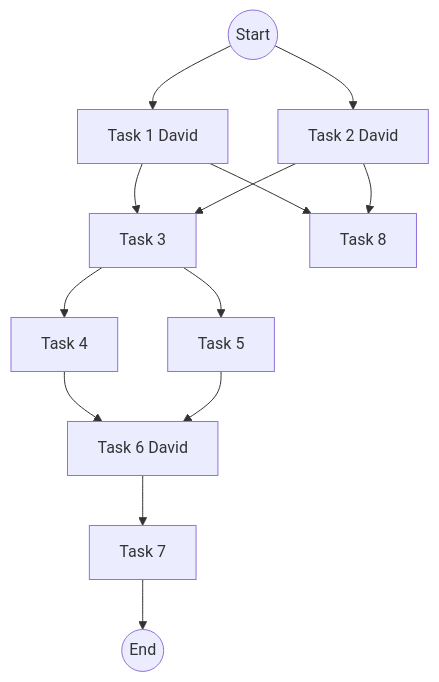
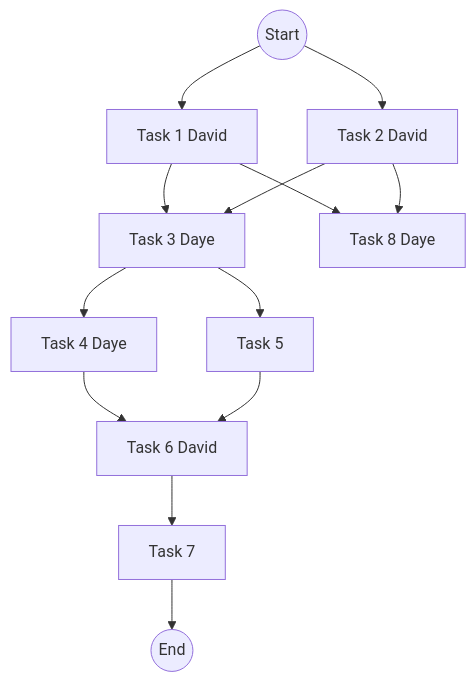
One commit to DM1122/rob521-labs changed the diagram in lab2/tasks.md. Above: the diagram before and after it, drawn with Mermaid. The commit also changed 3 other files, not shown here.

````diff
--- a/lab2/tasks.md
+++ b/lab2/tasks.md
@@ -2,26 +2,26 @@
 ```mermaid
 flowchart TB
     start((Start))
     task1[Task 1 David]
     task2[Task 2 David]
-    task3[Task 3]
-    task4[Task 4]
+    task3[Task 3 Daye]
+    task4[Task 4 Daye]
     task5[Task 5]
     task6[Task 6 David]
     task7[Task 7]
-    task8[Task 8]
+    task8[Task 8 Daye]
     endd((End))
     
     start --> task1 & task2
     
     task1 --> task3
     task2 --> task3
 
     task1 --> task8
     task2 --> task8
 
     task3 --> task4 & task5
     task4 --> task6
     task5 --> task6
     task6 --> task7 --> endd
 ```
````
